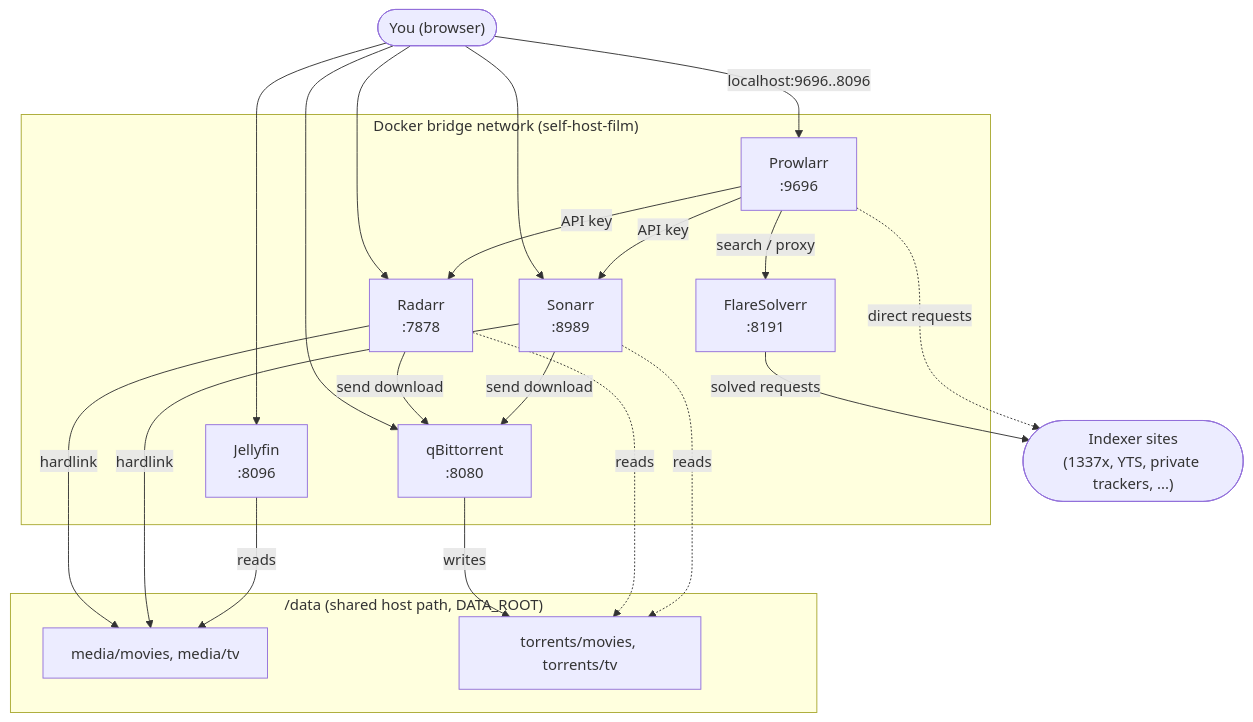
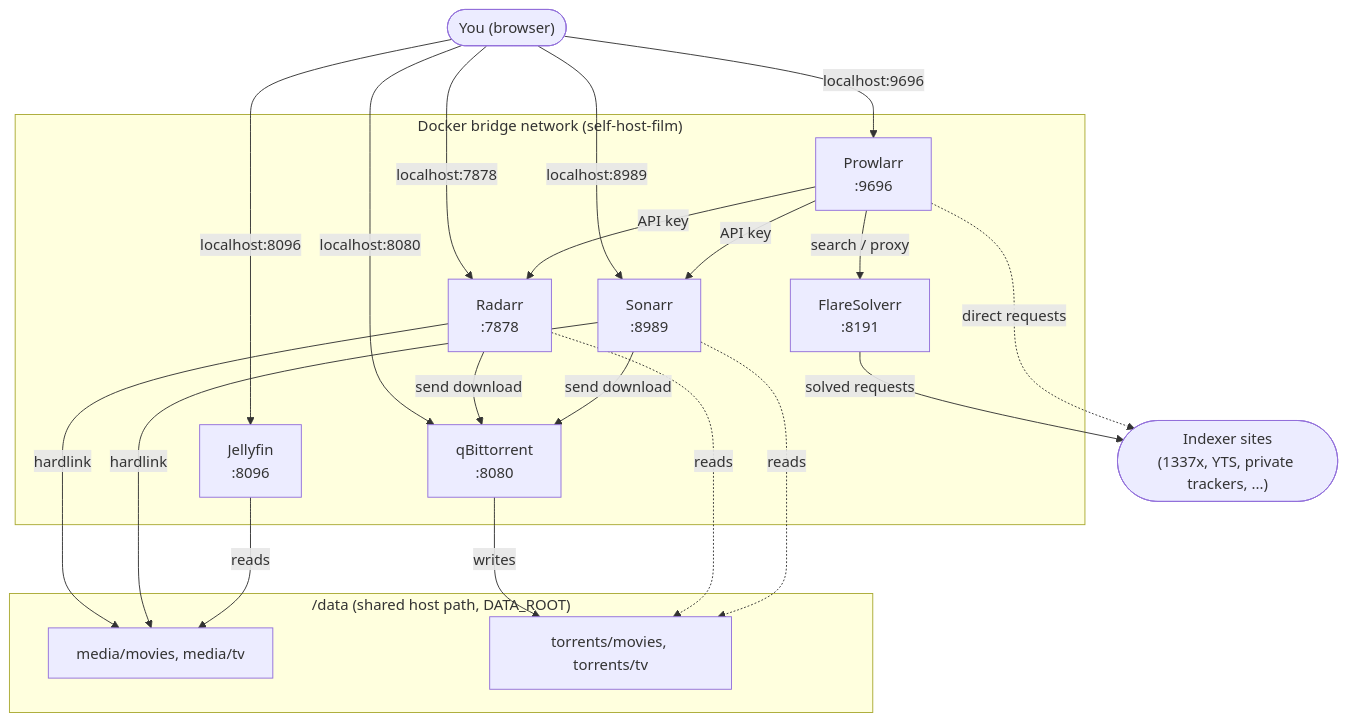
Before and after one commit to hiepgithub2001/nas-lab: the first of 2 diagrams in docs/ARCHITECTURE.md, drawn with Mermaid.

Commit message:
Fix mermaid diagram: label every localhost edge, use <br/> not \n for line breaks

````diff
--- a/docs/ARCHITECTURE.md
+++ b/docs/ARCHITECTURE.md
@@ -20,43 +20,43 @@
 ```mermaid
 flowchart TB
     You(["You (browser)"])
 
     subgraph Docker["Docker bridge network (self-host-film)"]
-        Prowlarr["Prowlarr\n:9696"]
-        Radarr["Radarr\n:7878"]
-        Sonarr["Sonarr\n:8989"]
-        qBit["qBittorrent\n:8080"]
-        Flare["FlareSolverr\n:8191"]
-        Jellyfin["Jellyfin\n:8096"]
+        Prowlarr["Prowlarr<br/>:9696"]
+        Radarr["Radarr<br/>:7878"]
+        Sonarr["Sonarr<br/>:8989"]
+        qBit["qBittorrent<br/>:8080"]
+        Flare["FlareSolverr<br/>:8191"]
+        Jellyfin["Jellyfin<br/>:8096"]
     end
 
     subgraph Storage["/data (shared host path, DATA_ROOT)"]
         Media["media/movies, media/tv"]
         Torrents["torrents/movies, torrents/tv"]
     end
 
-    Internet(["Indexer sites\n(1337x, YTS, private trackers, ...)"])
+    Internet(["Indexer sites<br/>(1337x, YTS, private trackers, ...)"])
 
-    You -- "localhost:9696..8096" --> Prowlarr
-    You --> Radarr
-    You --> Sonarr
-    You --> qBit
-    You --> Jellyfin
+    You -- "localhost:9696" --> Prowlarr
+    You -- "localhost:7878" --> Radarr
+    You -- "localhost:8989" --> Sonarr
+    You -- "localhost:8080" --> qBit
+    You -- "localhost:8096" --> Jellyfin
 
     Prowlarr -- "API key" --> Radarr
     Prowlarr -- "API key" --> Sonarr
     Prowlarr -- "search / proxy" --> Flare
     Flare -- "solved requests" --> Internet
     Prowlarr -.->|direct requests| Internet
 
     Radarr -- "send download" --> qBit
     Sonarr -- "send download" --> qBit
 
     qBit -- "writes" --> Torrents
     Radarr -- "hardlink" --> Media
     Sonarr -- "hardlink" --> Media
     Radarr -.->|reads| Torrents
     Sonarr -.->|reads| Torrents
 
     Jellyfin -- "reads" --> Media
 ```
````
